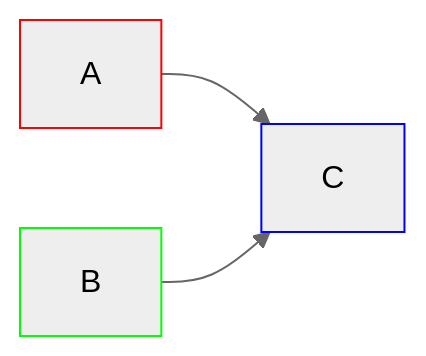
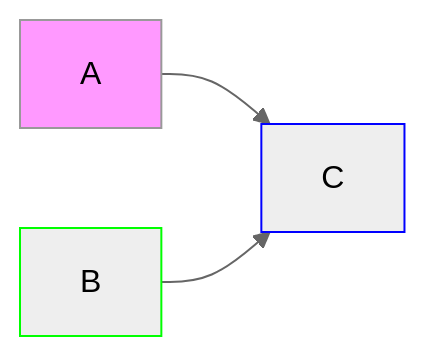
The first of 5 diagrams in code/data_setup/README.md (nchiumenti/boston_zoning), drawn with Mermaid (neutral theme) before and after one commit.

````diff
--- a/code/data_setup/README.md
+++ b/code/data_setup/README.md
@@ -7,9 +7,9 @@
 ```mermaid
 flowchart LR
     A:::foo & B:::bar --> C:::foobar
-    classDef foo stroke:#f00
+    classDef foo fill:#f9f
     classDef bar stroke:#0f0
     classDef foobar stroke:#00f
 
 
 ```
````
